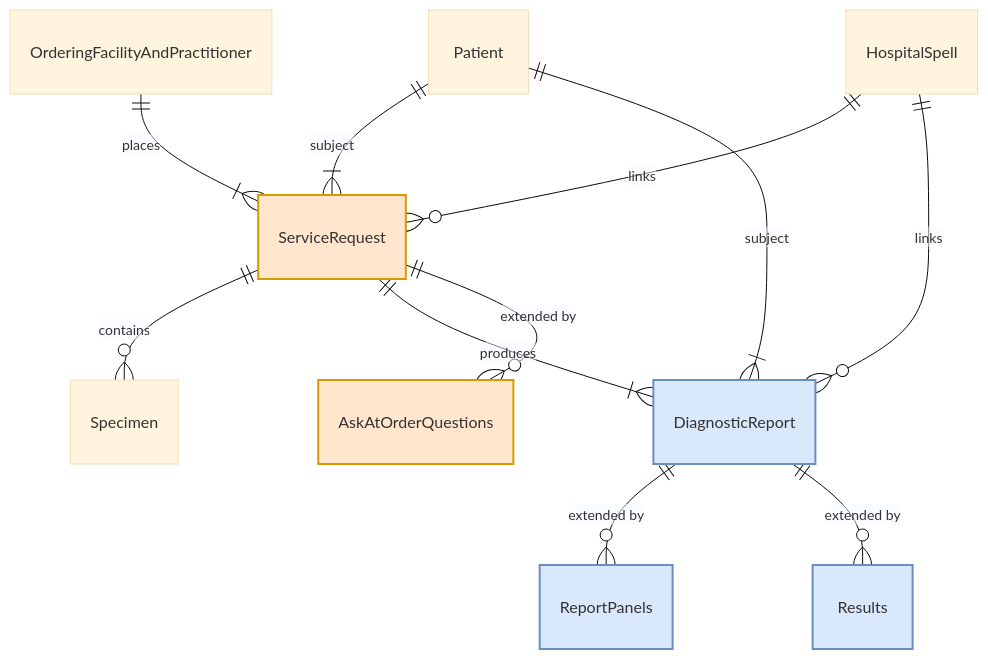
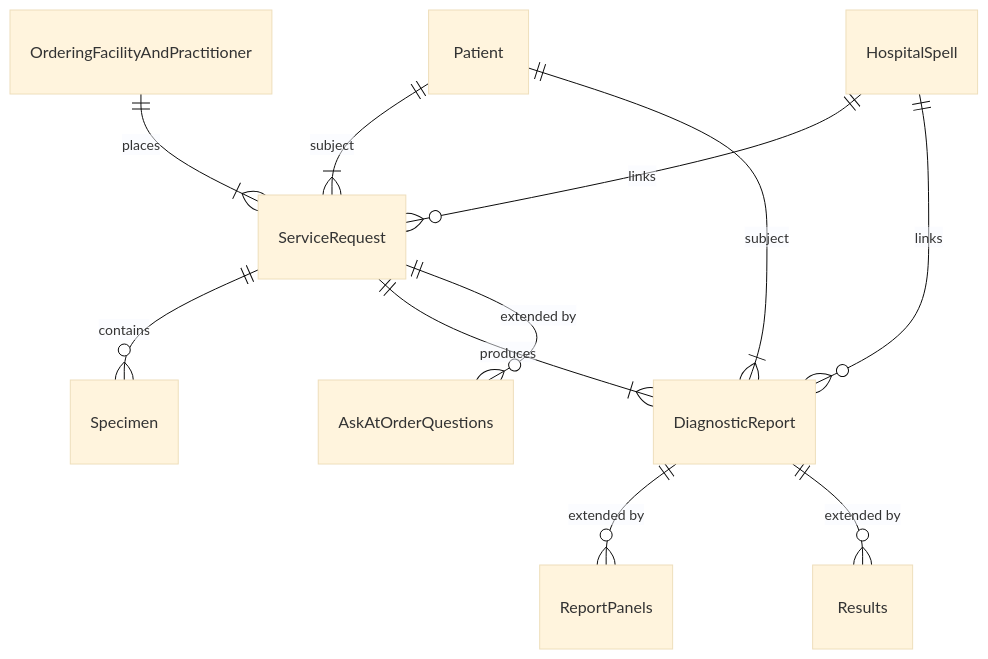
The first of 3 diagrams in input/pagecontent/diagnostic-core.md (nw-gmsa/nw-gmsa.github.com), drawn with Mermaid (base theme) before and after one commit. The commit also changed other lines of this file, not shown here.

````diff
--- a/input/pagecontent/diagnostic-core.md
+++ b/input/pagecontent/diagnostic-core.md
@@ -23,21 +47,13 @@
 ```mermaid
 erDiagram
     OrderingFacilityAndPractitioner ||--|{ ServiceRequest : places
     Patient ||--|{ ServiceRequest : subject
     HospitalSpell ||--o{ ServiceRequest : links
     ServiceRequest ||--o{ Specimen : contains
     ServiceRequest ||--|{ DiagnosticReport : produces
     Patient ||--|{ DiagnosticReport : subject
     HospitalSpell ||--o{ DiagnosticReport : links
     ServiceRequest ||--o{ AskAtOrderQuestions : "extended by"
     DiagnosticReport ||--o{ ReportPanels : "extended by"
     DiagnosticReport ||--o{ Results : "extended by"
-
-    classDef orderAggregate fill:#FFE6CC,stroke:#D79B00,stroke-width:2px
-    classDef reportAggregate fill:#DAE8FC,stroke:#6C8EBF,stroke-width:2px
-    class ServiceRequest orderAggregate
-    class AskAtOrderQuestions orderAggregate
-    class DiagnosticReport reportAggregate
-    class ReportPanels reportAggregate
-    class Results reportAggregate
 ```
````
